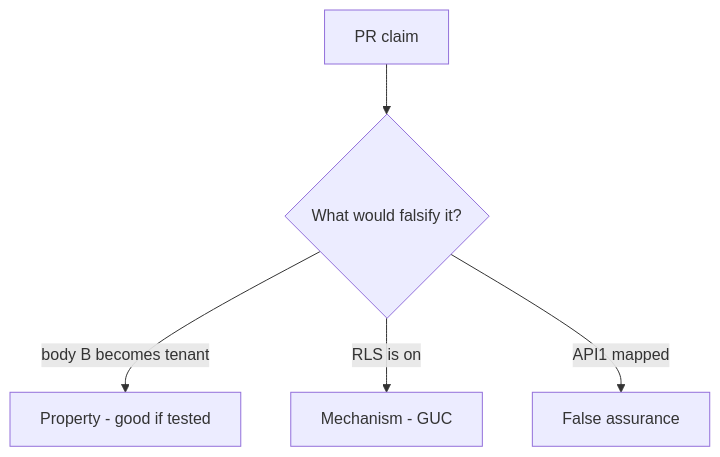
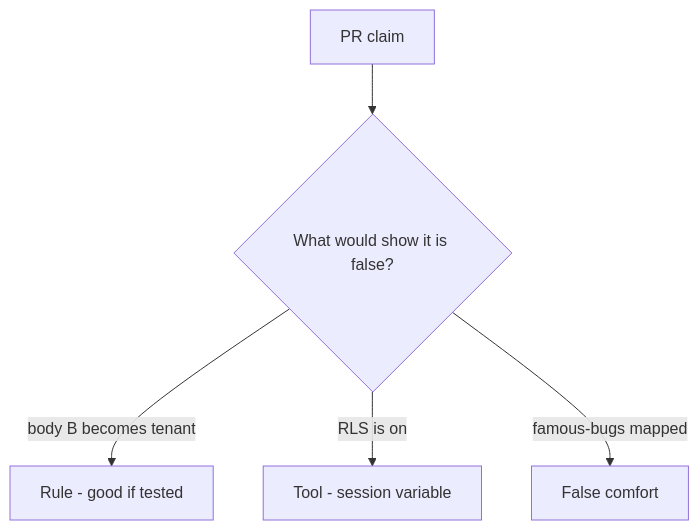
Before and after one commit to ishitvagoel/LearnSecurity: the diagram in content/modules/e/E5/lessons/08-review.md, drawn with Mermaid. The commit also changed other lines of this file and 55 other files, not shown here.

````diff
--- a/content/modules/e/E5/lessons/08-review.md
+++ b/content/modules/e/E5/lessons/08-review.md
@@ -17,7 +18,7 @@
 ```mermaid
 flowchart TD
-  Claim[PR claim] --> Q{"What would falsify it?"}
-  Q -->|body B becomes tenant| Property["Property - good if tested"]
-  Q -->|RLS is on| Mechanism[Mechanism - GUC]
-  Q -->|API1 mapped| False[False assurance]
+  Claim[PR claim] --> Q{"What would show it is false?"}
+  Q -->|body B becomes tenant| Property["Rule - good if tested"]
+  Q -->|RLS is on| Mechanism[Tool - session variable]
+  Q -->|famous-bugs mapped| False[False comfort]
 ```
````
